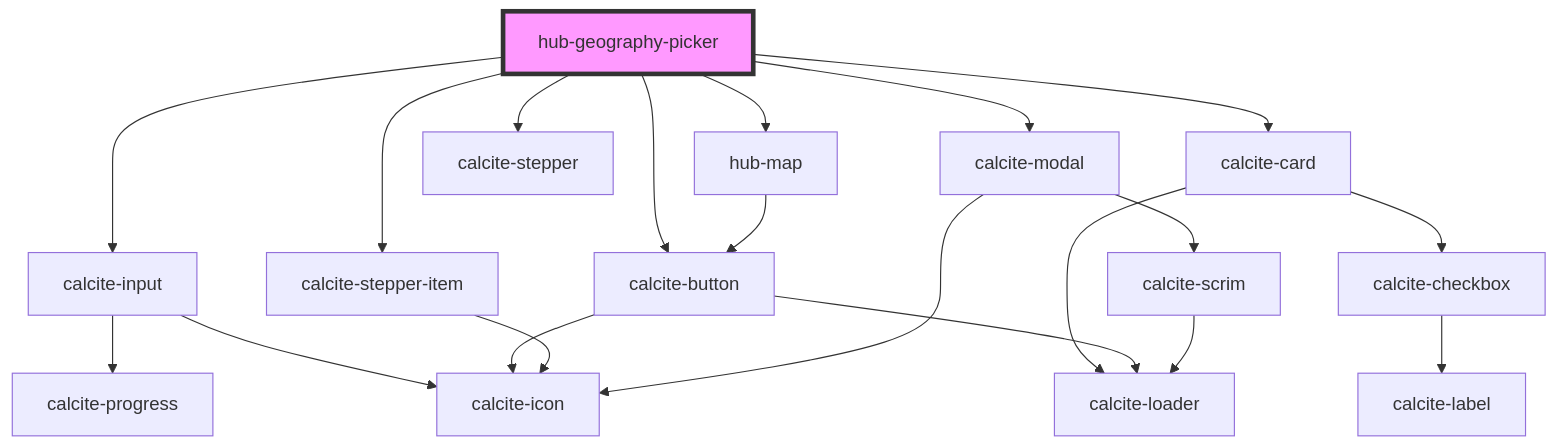
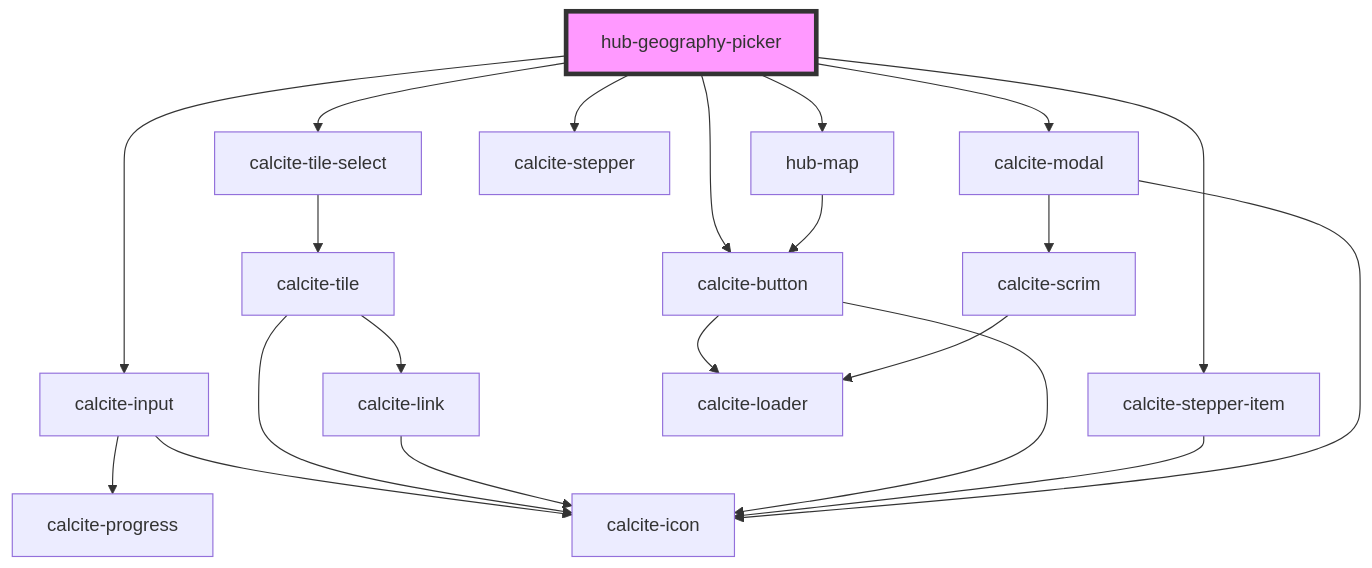
The diagram in src/components/presentation/hub-geography-picker/readme.md (esridc/hub-components-experiments), drawn with Mermaid before and after one commit. The commit also changed other lines of this file and 6 other files, not shown here.

````diff
--- a/src/components/presentation/hub-geography-picker/readme.md
+++ b/src/components/presentation/hub-geography-picker/readme.md
@@ -31,23 +31,24 @@
 ```mermaid
 graph TD;
   hub-geography-picker --> calcite-input
-  hub-geography-picker --> calcite-card
+  hub-geography-picker --> calcite-tile-select
   hub-geography-picker --> hub-map
   hub-geography-picker --> calcite-stepper
   hub-geography-picker --> calcite-stepper-item
   hub-geography-picker --> calcite-modal
   hub-geography-picker --> calcite-button
   calcite-input --> calcite-progress
   calcite-input --> calcite-icon
-  calcite-card --> calcite-loader
-  calcite-card --> calcite-checkbox
-  calcite-checkbox --> calcite-label
+  calcite-tile-select --> calcite-tile
+  calcite-tile --> calcite-icon
+  calcite-tile --> calcite-link
+  calcite-link --> calcite-icon
   hub-map --> calcite-button
   calcite-button --> calcite-loader
   calcite-button --> calcite-icon
   calcite-stepper-item --> calcite-icon
   calcite-modal --> calcite-scrim
   calcite-modal --> calcite-icon
   calcite-scrim --> calcite-loader
   style hub-geography-picker fill:#f9f,stroke:#333,stroke-width:4px
 ```
````
